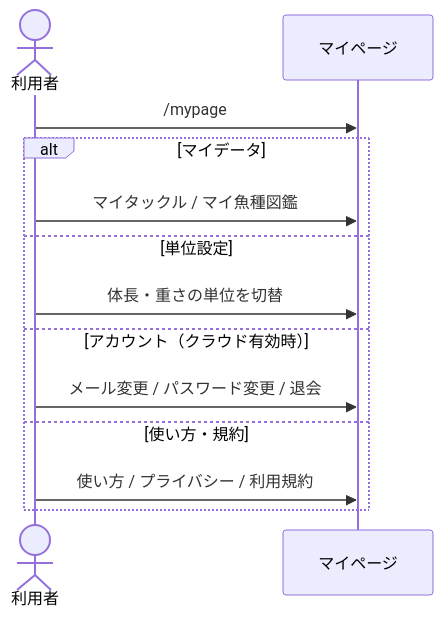
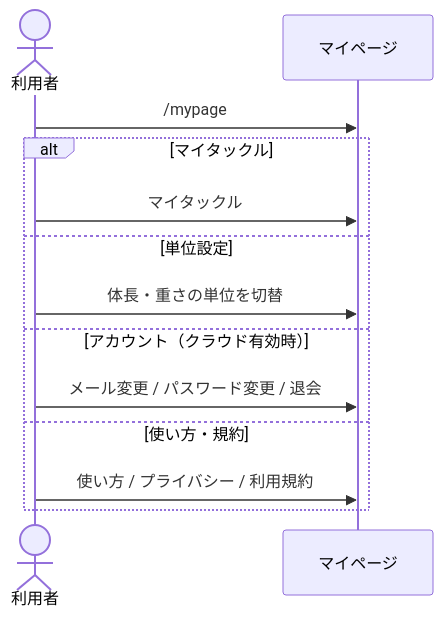
The second of 8 diagrams in docs/screens/design/mypage.md (honeston/fissingplotter), drawn with Mermaid before and after one commit. The commit also changed other lines of this file and 17 other files, not shown here.

Commit message:
ボトムナビを図鑑に差し替え、マイページは上バー左端から開けるようにする。

````diff
--- a/docs/screens/design/mypage.md
+++ b/docs/screens/design/mypage.md
@@ -18,16 +17,16 @@
 ```mermaid
 sequenceDiagram
   actor U as 利用者
   participant My as マイページ
 
   U->>My: /mypage
-  alt マイデータ
-    U->>My: マイタックル / マイ魚種図鑑
+  alt マイタックル
+    U->>My: マイタックル
   else 単位設定
     U->>My: 体長・重さの単位を切替
   else アカウント（クラウド有効時）
     U->>My: メール変更 / パスワード変更 / 退会
   else 使い方・規約
     U->>My: 使い方 / プライバシー / 利用規約
   end
 ```
````
